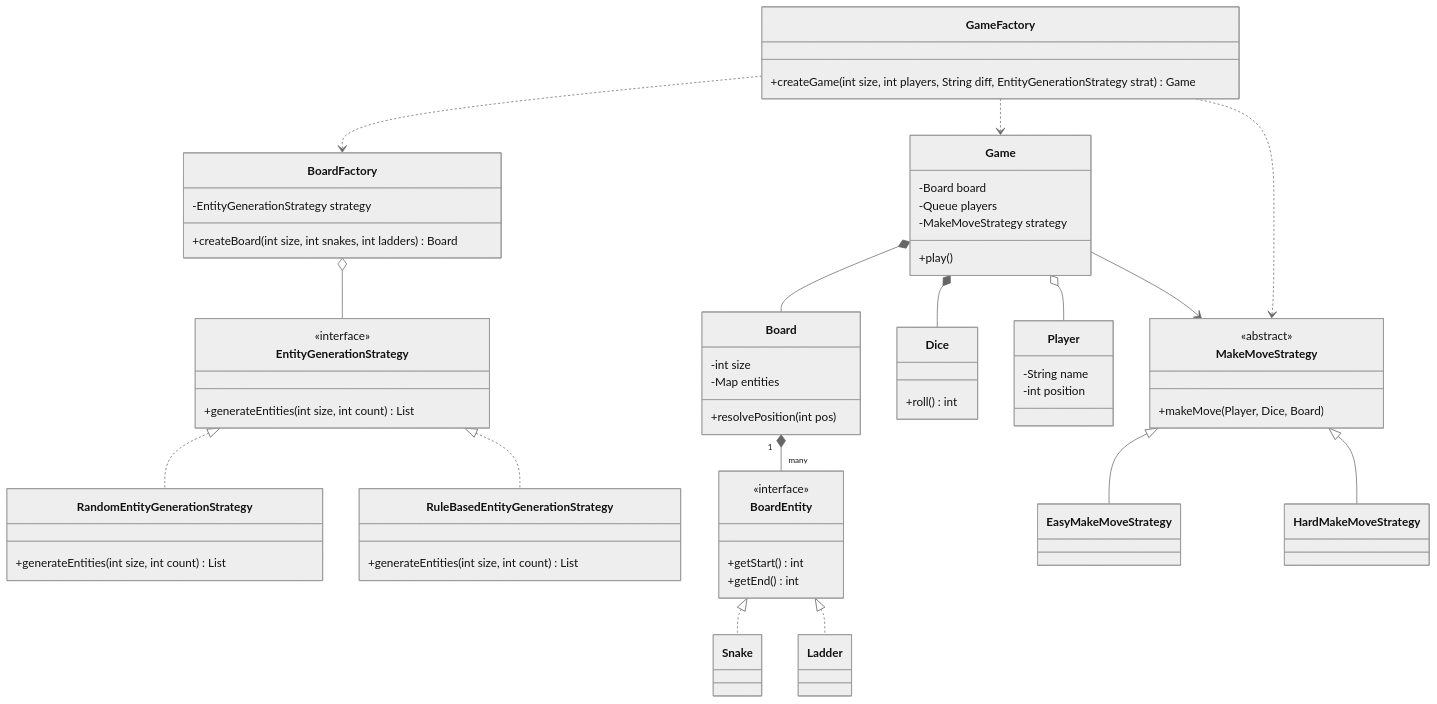
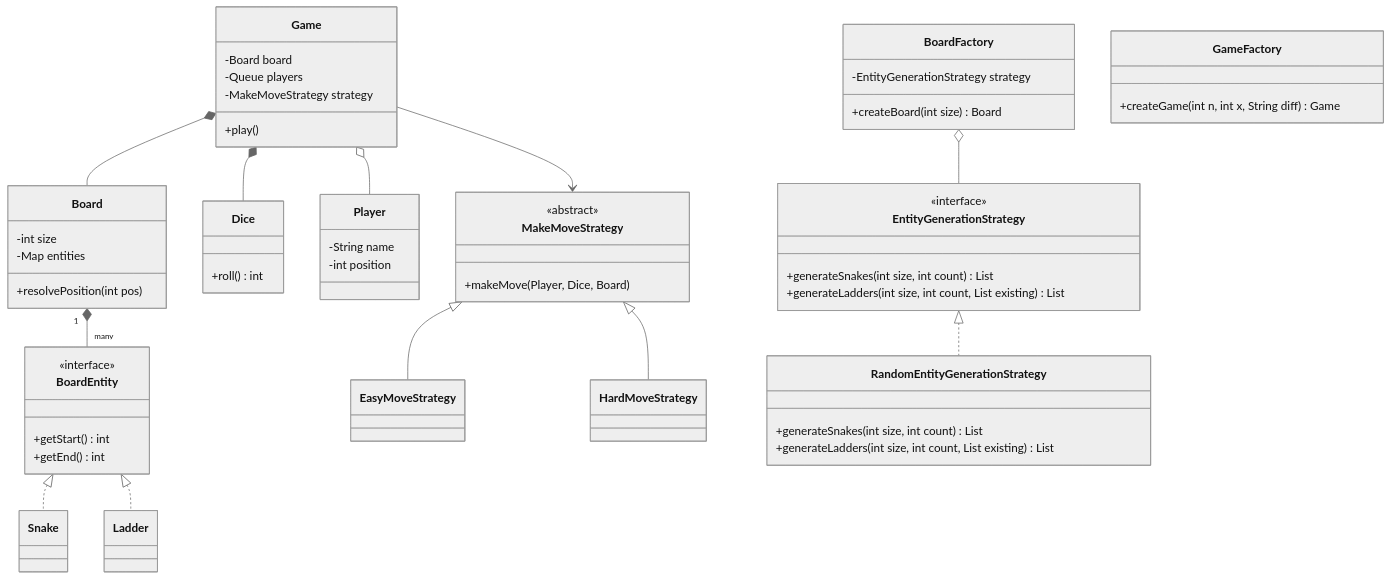
Before and after one commit to WhySeriousKaif/SST28-LLD101: the diagram in snake_and_ladder_assignment/README.md, drawn with Mermaid (neutral theme). The commit also changed other lines of this file and 10 other files, not shown here.

````diff
--- a/snake_and_ladder_assignment/README.md
+++ b/snake_and_ladder_assignment/README.md
@@ -12,68 +12,58 @@
 ```mermaid
 classDiagram
     class Game {
         -Board board
         -Queue players
         -MakeMoveStrategy strategy
         +play()
     }
     class Board {
         -int size
         -Map entities
         +resolvePosition(int pos)
     }
     class Player {
         -String name
         -int position
     }
     class Dice {
         +roll() int
     }
     class BoardEntity {
         <<interface>>
         +getStart() int
         +getEnd() int
     }
     class MakeMoveStrategy {
         <<abstract>>
         +makeMove(Player, Dice, Board)
     }
     class EntityGenerationStrategy {
         <<interface>>
-        +generateEntities(int size, int count) List
+        +generateSnakes(int size, int count) List
+        +generateLadders(int size, int count, List existing) List
     }
     class RandomEntityGenerationStrategy {
-        +generateEntities(int size, int count) List
-    }
-    class RuleBasedEntityGenerationStrategy {
-        +generateEntities(int size, int count) List
+        +generateSnakes(int size, int count) List
+        +generateLadders(int size, int count, List existing) List
     }
     class BoardFactory {
         -EntityGenerationStrategy strategy
-        +createBoard(int size, int snakes, int ladders) Board
+        +createBoard(int size) Board
     }
     class GameFactory {
-        +createGame(int size, int players, String diff, EntityGenerationStrategy strat) Game
+        +createGame(int n, int x, String diff) Game
     }
     
     Game *-- Board
     Game *-- Dice
     Game o-- Player
     Game --> MakeMoveStrategy
     Board "1" *-- "many" BoardEntity
     BoardEntity <|.. Snake
     BoardEntity <|.. Ladder
-    MakeMoveStrategy <|-- EasyMakeMoveStrategy
-    MakeMoveStrategy <|-- HardMakeMoveStrategy
+    MakeMoveStrategy <|-- EasyMoveStrategy
+    MakeMoveStrategy <|-- HardMoveStrategy
     EntityGenerationStrategy <|.. RandomEntityGenerationStrategy
-    EntityGenerationStrategy <|.. RuleBasedEntityGenerationStrategy
     BoardFactory o-- EntityGenerationStrategy
-    GameFactory ..> BoardFactory
-    GameFactory ..> Game
-    GameFactory ..> MakeMoveStrategy
-
-
-
-
-
 ```
````
